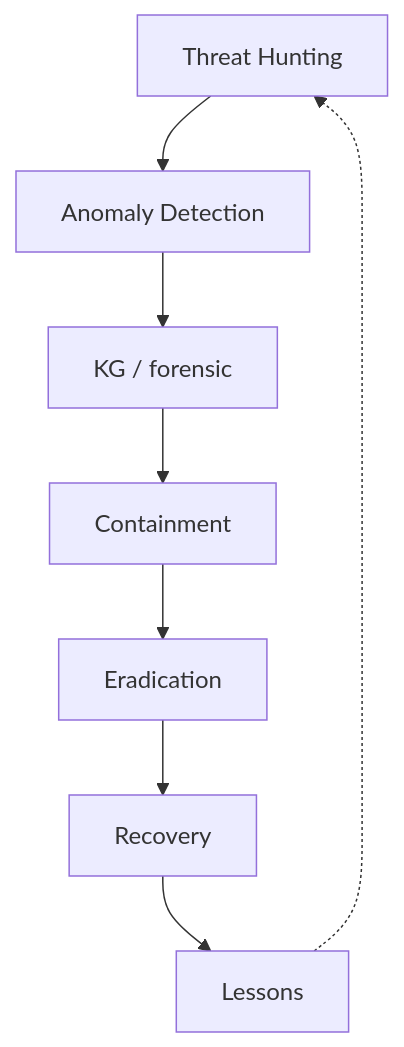
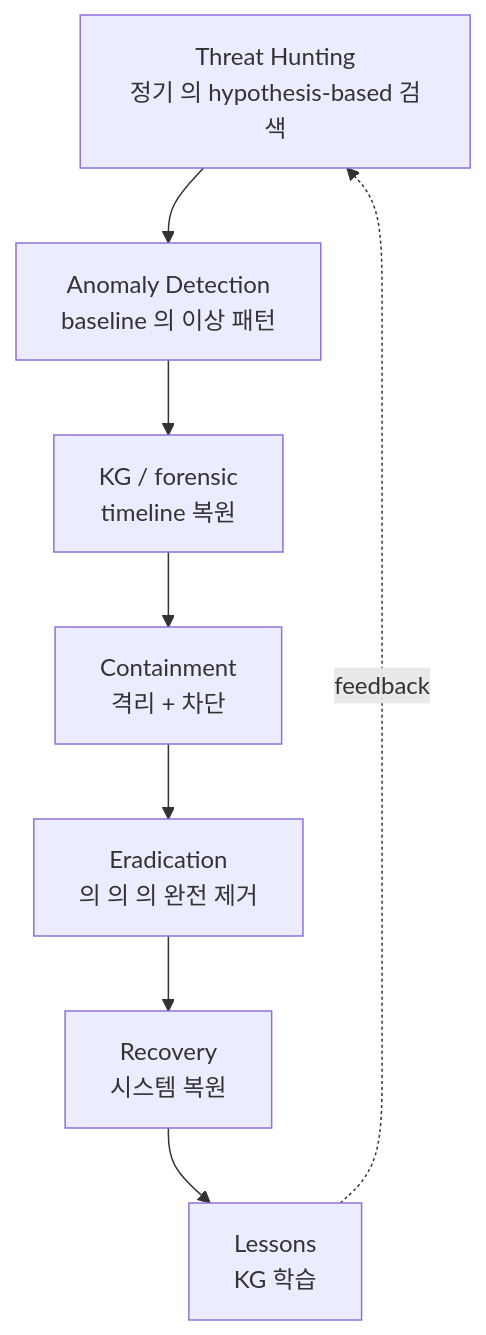
One commit to mrgrit/ccc changed the second of 2 diagrams in contents/standalone/lecture/aisec/week15.md. Above: the diagram before and after it, drawn with Mermaid. The commit also changed other lines of this file and 1 other file, not shown here.

````diff
--- a/contents/standalone/lecture/aisec/week15.md
+++ b/contents/standalone/lecture/aisec/week15.md
@@ -99,18 +180,18 @@
 ```mermaid
 flowchart TB
-    HUNT[Threat Hunting]
-    DETECT[Anomaly Detection]
-    ANALYZE[KG / forensic]
-    CONTAIN[Containment]
-    ERAD[Eradication]
-    RECOV[Recovery]
-    LESSON[Lessons]
+    HUNT[Threat Hunting<br/>정기 의 hypothesis-based 검색]
+    DETECT[Anomaly Detection<br/>baseline 의 이상 패턴]
+    ANALYZE[KG / forensic<br/>timeline 복원]
+    CONTAIN[Containment<br/>격리 + 차단]
+    ERAD[Eradication<br/>의 의 의 완전 제거]
+    RECOV[Recovery<br/>시스템 복원]
+    LESSON[Lessons<br/>KG 학습]
 
     HUNT --> DETECT
     DETECT --> ANALYZE
     ANALYZE --> CONTAIN
     CONTAIN --> ERAD
     ERAD --> RECOV
     RECOV --> LESSON
-    LESSON -.-> HUNT
+    LESSON -.feedback.-> HUNT
 ```
````
